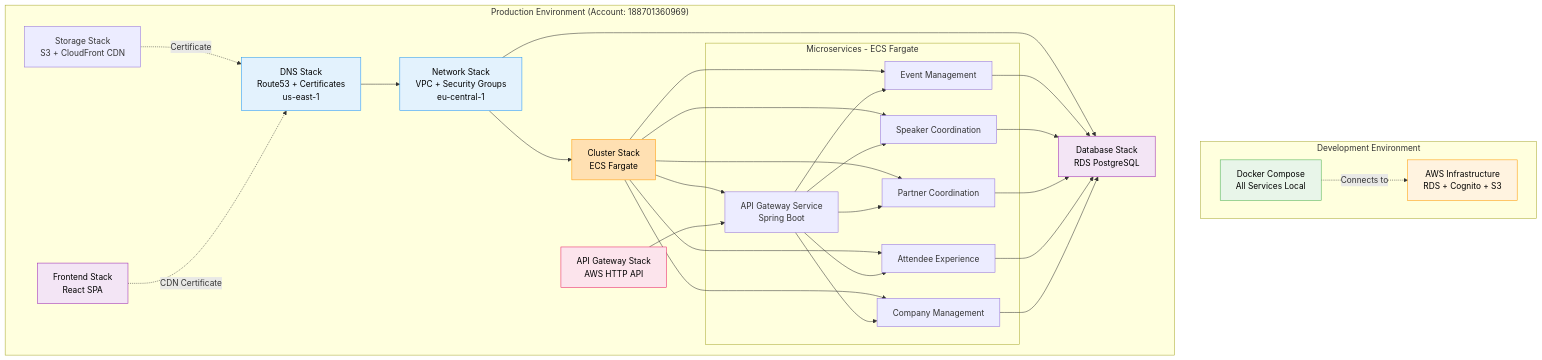
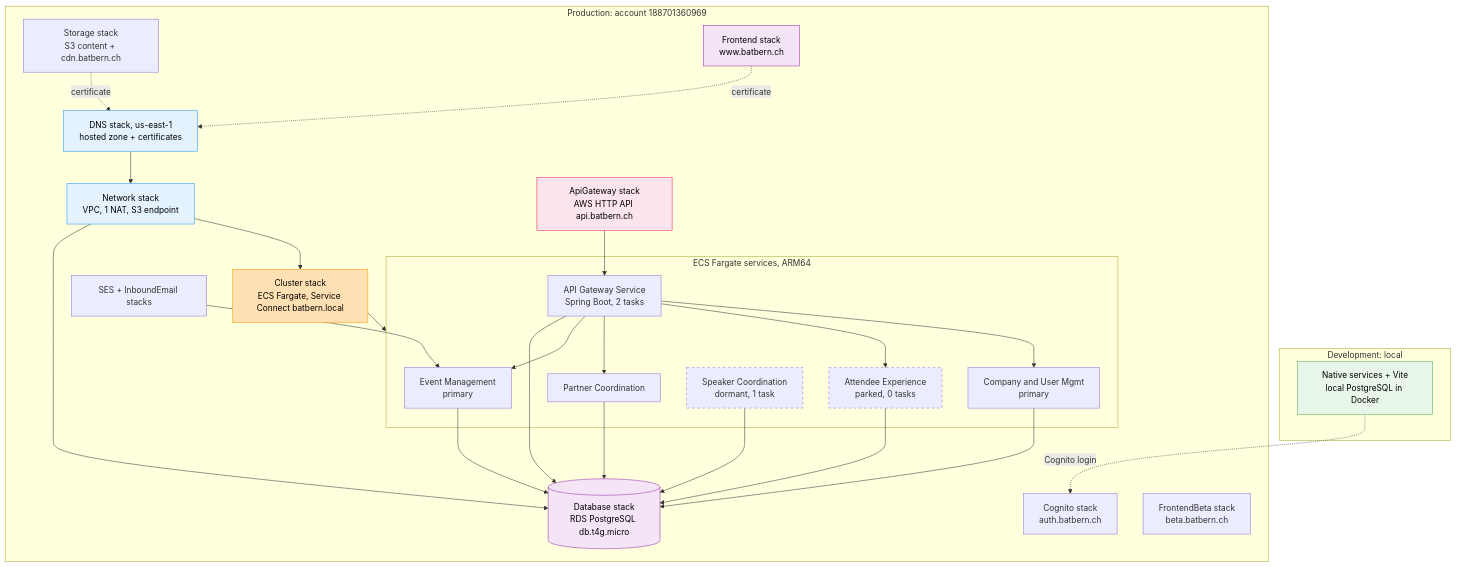
Before and after one commit to nissimbuchs/BATbern2: the fourth of 26 diagrams in docs/architecture/02-infrastructure-deployment.md, drawn with Mermaid. The commit also changed other lines of this file and 164 other files, not shown here.

First line of the commit message:
docs: documentation audit before BATbern60 (user guide, screenshots, PRD, architecture diagrams) (#1224)

````diff
--- a/docs/architecture/02-infrastructure-deployment.md
+++ b/docs/architecture/02-infrastructure-deployment.md
@@ -64,51 +145,53 @@
 ```mermaid
 graph TB
-    subgraph "Development Environment"
-        DEV1[Docker Compose<br/>All Services Local]
-        DEV2[AWS Infrastructure<br/>RDS + Cognito + S3]
-        DEV1 -.->|Connects to| DEV2
+    subgraph DEVENV["Development: local"]
+        DEV1["Native services + Vite<br/>local PostgreSQL in Docker"]
     end
 
-    subgraph "Production Environment (Account: 188701360969)"
-        DNS[DNS Stack<br/>Route53 + Certificates<br/>us-east-1]
-        NET[Network Stack<br/>VPC + Security Groups<br/>eu-central-1]
-        DB[Database Stack<br/>RDS PostgreSQL]
-        STOR[Storage Stack<br/>S3 + CloudFront CDN]
+    subgraph PRODENV["Production: account 188701360969"]
+        DNS["DNS stack, us-east-1<br/>hosted zone + certificates"]
+        NET["Network stack<br/>VPC, 1 NAT, S3 endpoint"]
+        DB[("Database stack<br/>RDS PostgreSQL db.t4g.micro")]
+        STOR["Storage stack<br/>S3 content + cdn.batbern.ch"]
+        COG["Cognito stack<br/>auth.batbern.ch"]
+        MAIL["SES + InboundEmail stacks"]
 
-        CLUST[Cluster Stack<br/>ECS Fargate]
+        CLUST["Cluster stack<br/>ECS Fargate, Service Connect batbern.local"]
 
-        subgraph "Microservices - ECS Fargate"
-            SVC1[Event Management]
-            SVC2[Speaker Coordination]
-            SVC3[Partner Coordination]
-            SVC4[Attendee Experience]
-            SVC5[Company Management]
-            APIGW[API Gateway Service<br/>Spring Boot]
+        subgraph SVCS["ECS Fargate services, ARM64"]
+            SVC1["Event Management<br/>primary"]
+            SVC5["Company and User Mgmt<br/>primary"]
+            SVC3["Partner Coordination"]
+            SVC2["Speaker Coordination<br/>dormant, 1 task"]
+            SVC4["Attendee Experience<br/>parked, 0 tasks"]
+            APIGW["API Gateway Service<br/>Spring Boot, 2 tasks"]
         end
 
-        API[API Gateway Stack<br/>AWS HTTP API]
-        FE[Frontend Stack<br/>React SPA]
+        API["ApiGateway stack<br/>AWS HTTP API api.batbern.ch"]
+        FE["Frontend stack<br/>www.batbern.ch"]
+        BETA["FrontendBeta stack<br/>beta.batbern.ch"]
 
         DNS --> NET
         NET --> DB
         NET --> CLUST
-        STOR -.Certificate.-> DNS
-
-        CLUST --> SVC1 & SVC2 & SVC3 & SVC4 & SVC5 & APIGW
-        SVC1 & SVC2 & SVC3 & SVC4 & SVC5 --> DB
-
+        STOR -.->|"certificate"| DNS
+        FE -.->|"certificate"| DNS
+        CLUST --> SVCS
+        SVC1 & SVC2 & SVC3 & SVC4 & SVC5 & APIGW --> DB
         API --> APIGW
-        APIGW --> SVC1 & SVC2 & SVC3 & SVC4 & SVC5
-
-        FE -.CDN Certificate.-> DNS
+        APIGW --> SVC1 & SVC3 & SVC4 & SVC5
+        MAIL --> SVC1
     end
 
+    DEV1 -.->|"Cognito login"| COG
+
     style DEV1 fill:#E8F5E9,stroke:#4CAF50,color:#000
-    style DEV2 fill:#FFF3E0,stroke:#FF9800,color:#000
     style DNS fill:#E3F2FD,stroke:#2196F3,color:#000
     style NET fill:#E3F2FD,stroke:#2196F3,color:#000
     style DB fill:#F3E5F5,stroke:#9C27B0,color:#000
     style CLUST fill:#FFE0B2,stroke:#FF9800,color:#000
     style API fill:#FCE4EC,stroke:#E91E63,color:#000
     style FE fill:#F3E5F5,stroke:#9C27B0,color:#000
+    style SVC2 stroke-dasharray: 5 5
+    style SVC4 stroke-dasharray: 5 5
 ```
````
